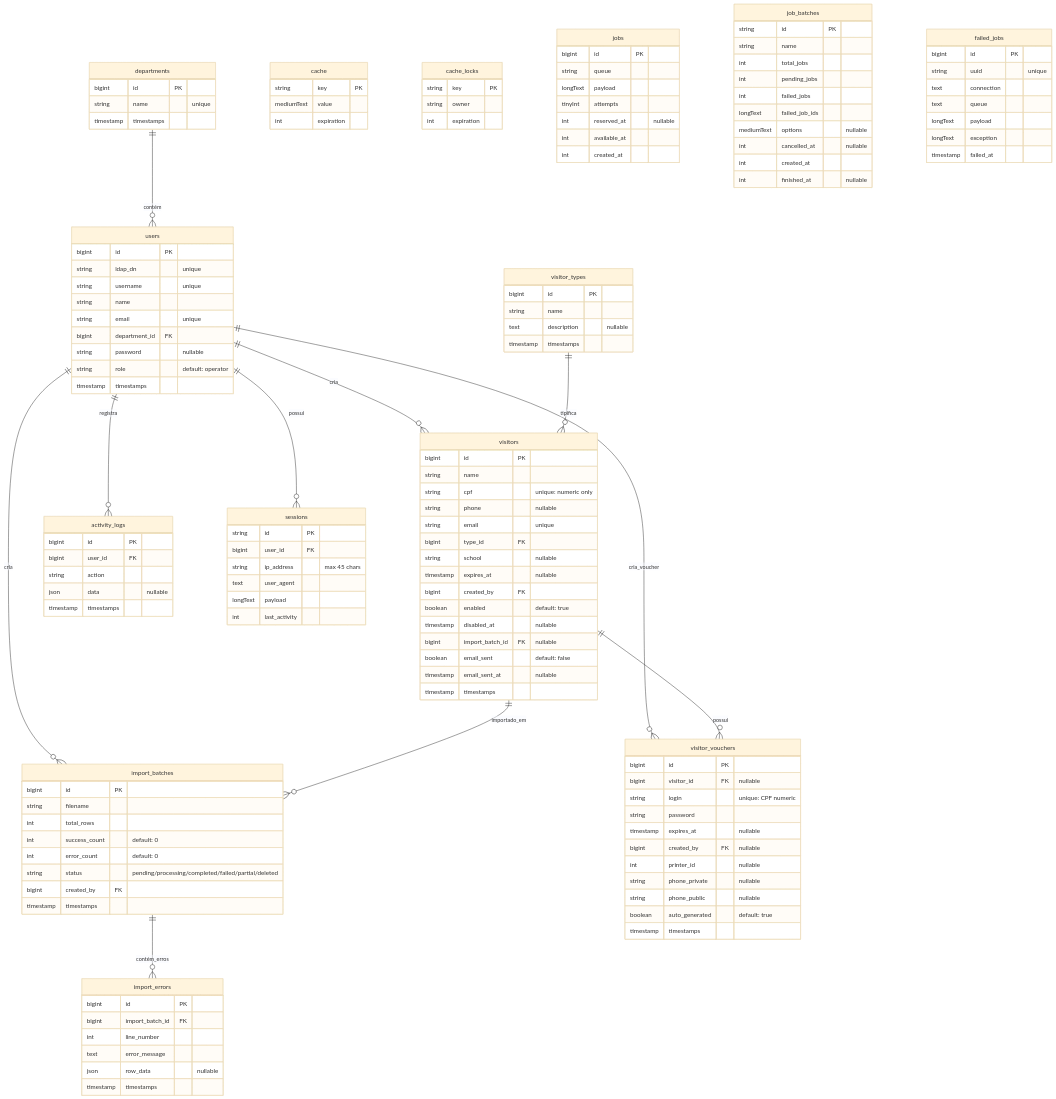
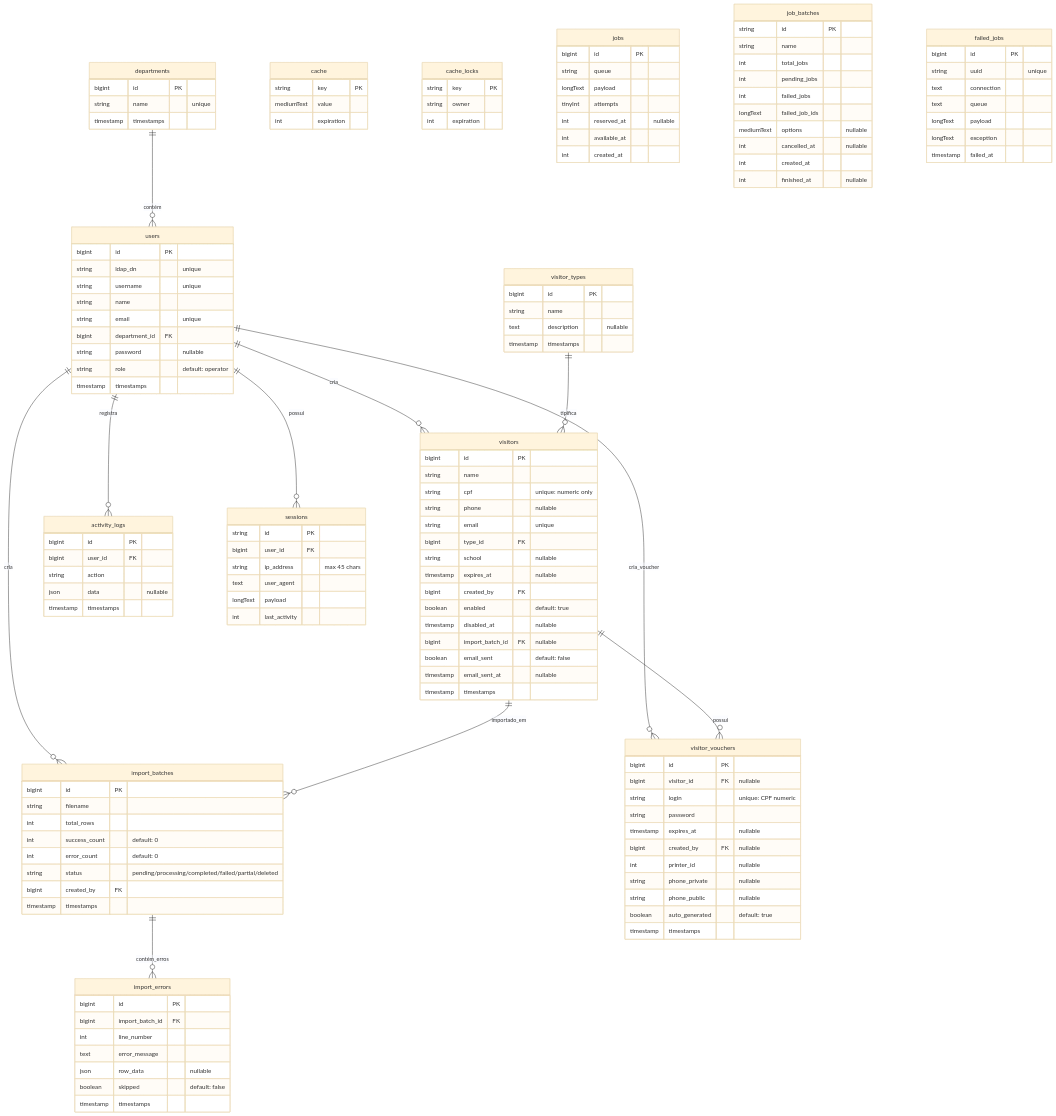
Before and after one commit to lucasgfaj/net-gp: the second of 2 diagrams in docs/ssd.md, drawn with Mermaid (base theme). The commit also changed other lines of this file and 26 other files, not shown here.

```diff
--- a/docs/ssd.md
+++ b/docs/ssd.md
@@ -340,6 +343,7 @@
         int line_number
         text error_message
         json row_data "nullable"
+        boolean skipped "default: false"
         timestamp timestamps
     }
 
```
